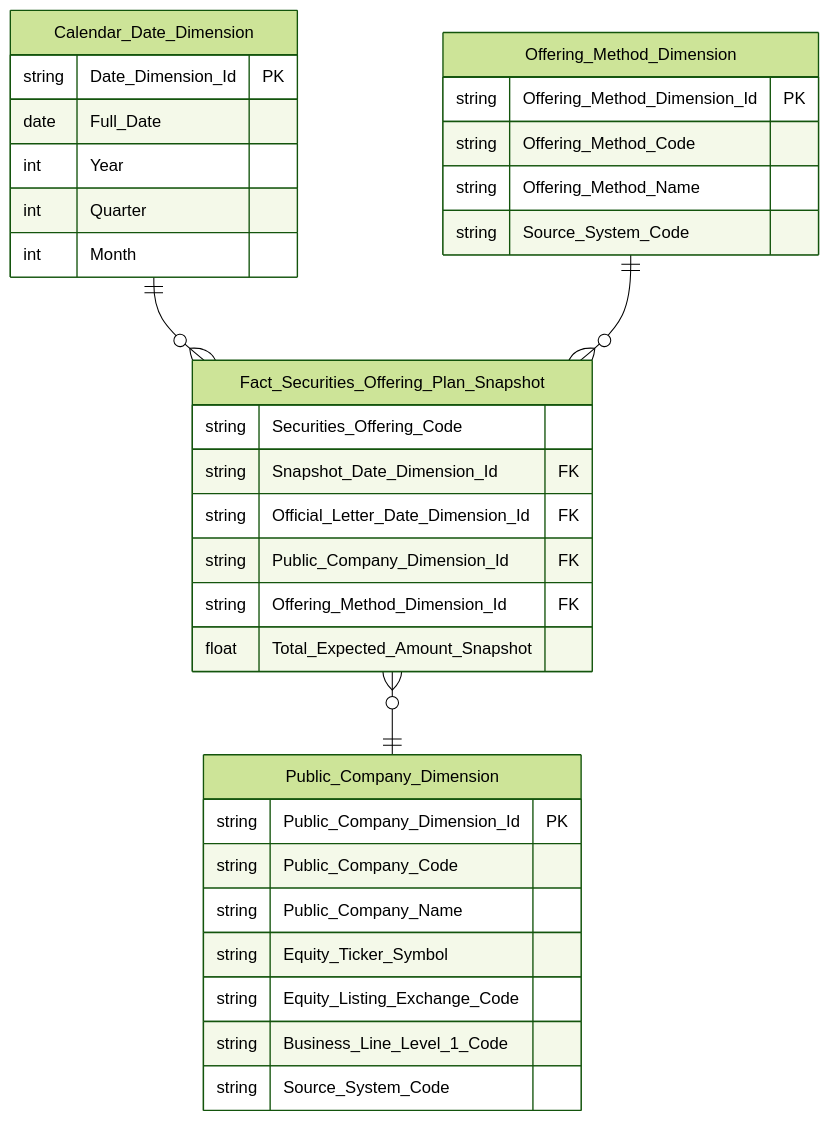
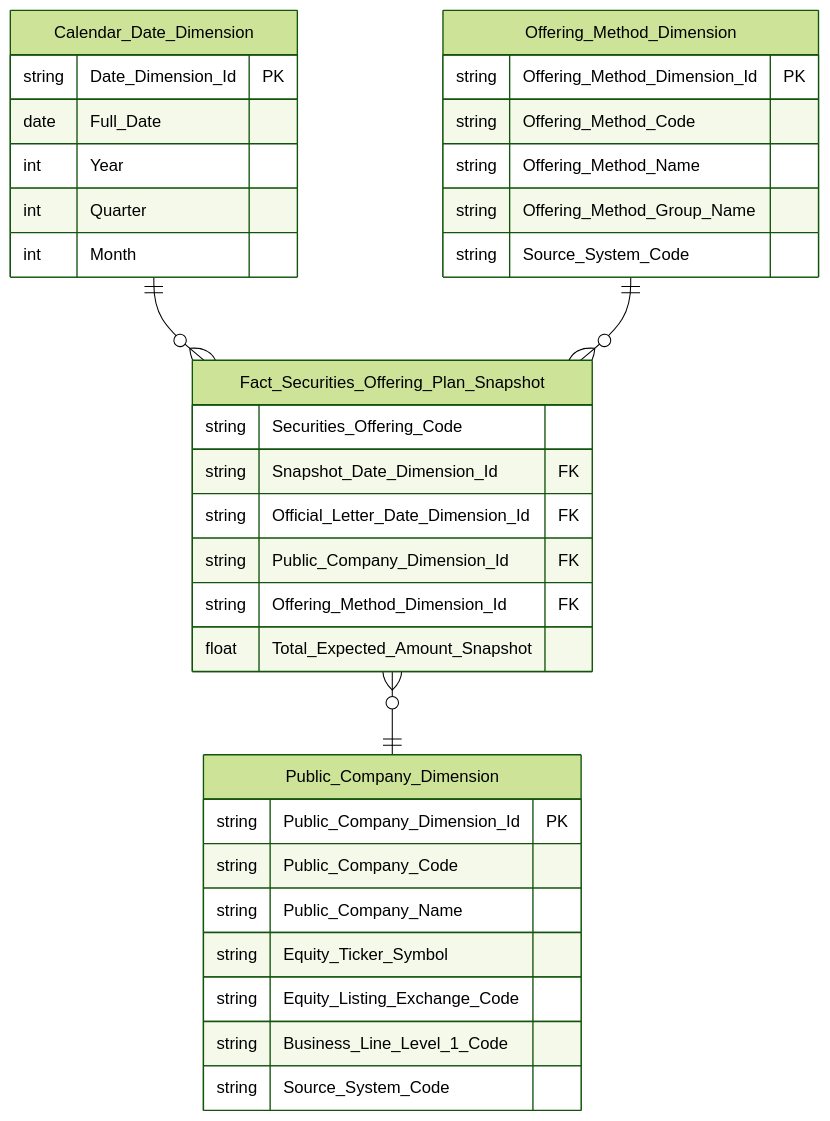
The eighth of 22 diagrams in Datamart/hld/DTM_QLCB_HLD.md (linhlvit/ubck_atomic_design), drawn with Mermaid (forest theme) before and after one commit. The commit also changed other lines of this file and 60 other files, not shown here.

````diff
--- a/Datamart/hld/DTM_QLCB_HLD.md
+++ b/Datamart/hld/DTM_QLCB_HLD.md
@@ -398,37 +398,38 @@
 ```mermaid
 erDiagram
     Calendar_Date_Dimension {
         string Date_Dimension_Id PK
         date Full_Date
         int Year
         int Quarter
         int Month
     }
     Offering_Method_Dimension {
         string Offering_Method_Dimension_Id PK
         string Offering_Method_Code
         string Offering_Method_Name
+        string Offering_Method_Group_Name
         string Source_System_Code
     }
     Public_Company_Dimension {
         string Public_Company_Dimension_Id PK
         string Public_Company_Code
         string Public_Company_Name
         string Equity_Ticker_Symbol
         string Equity_Listing_Exchange_Code
         string Business_Line_Level_1_Code
         string Source_System_Code
     }
     Fact_Securities_Offering_Plan_Snapshot {
         string Securities_Offering_Code
         string Snapshot_Date_Dimension_Id FK
         string Official_Letter_Date_Dimension_Id FK
         string Public_Company_Dimension_Id FK
         string Offering_Method_Dimension_Id FK
         float Total_Expected_Amount_Snapshot
     }
 
     Calendar_Date_Dimension ||--o{ Fact_Securities_Offering_Plan_Snapshot : " "
     Offering_Method_Dimension ||--o{ Fact_Securities_Offering_Plan_Snapshot : " "
     Fact_Securities_Offering_Plan_Snapshot }o--|| Public_Company_Dimension : " "
 ```
````
